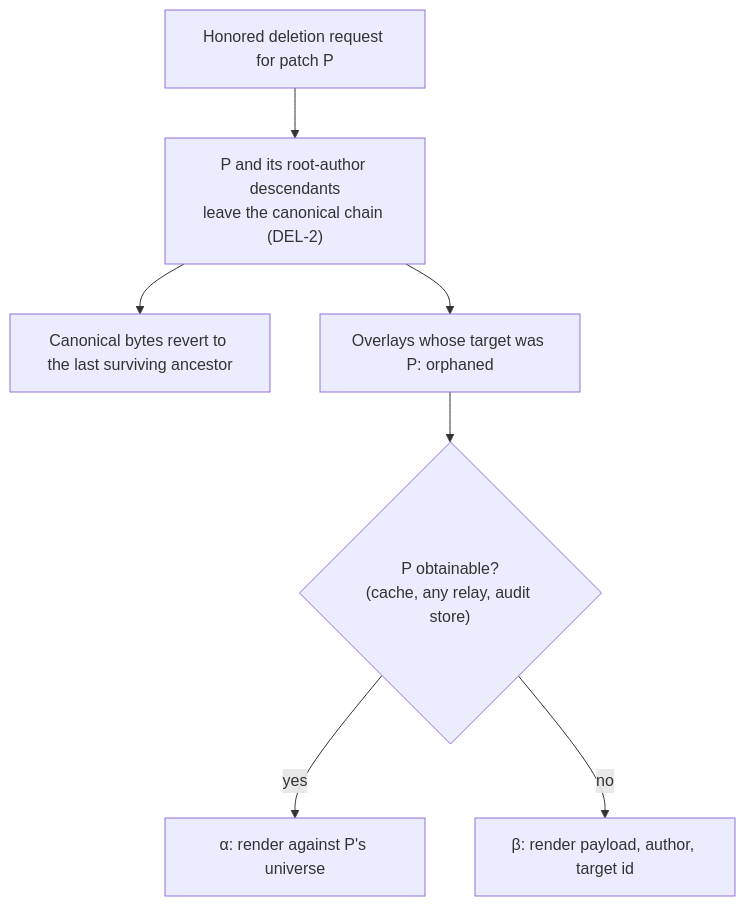
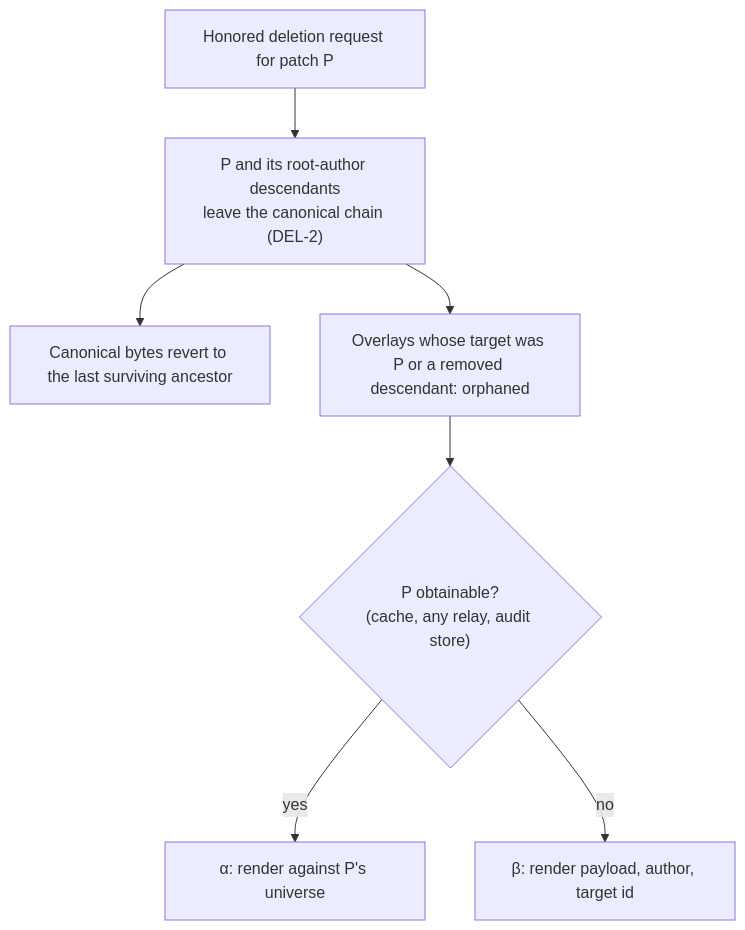
One commit to crocs-muni/scrutiny-fabric changed the eighth of 9 diagrams in docs/protocol-spec.md. Above: the diagram before and after it, drawn with Mermaid. The commit also changed other lines of this file and 14 other files, not shown here.

````diff
--- a/docs/protocol-spec.md
+++ b/docs/protocol-spec.md
@@ -775,9 +792,9 @@
 ```mermaid
 flowchart TD
     DEL["Honored deletion request for patch P"] --> CAS["P and its root-author descendants<br/>leave the canonical chain (DEL-2)"]
     CAS --> BYTES["Canonical bytes revert to the last surviving ancestor"]
-    CAS --> OVL["Overlays whose target was P: orphaned"]
+    CAS --> OVL["Overlays whose target was P or a removed descendant: orphaned"]
     OVL --> Q{"P obtainable?<br/>(cache, any relay, audit store)"}
     Q -->|yes| ALPHA["α: render against P's universe"]
     Q -->|no| BETA["β: render payload, author, target id"]
 ```
````
